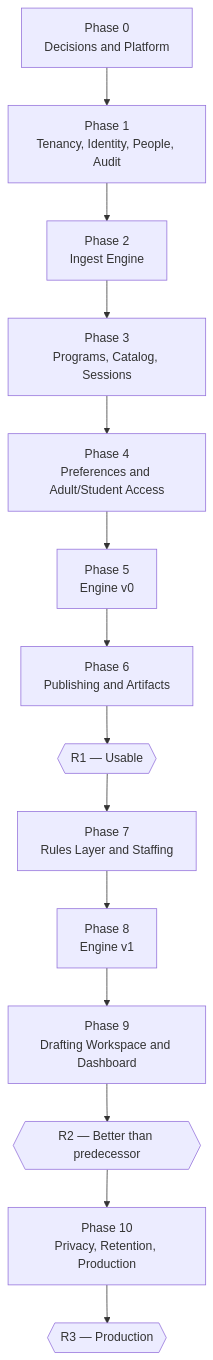
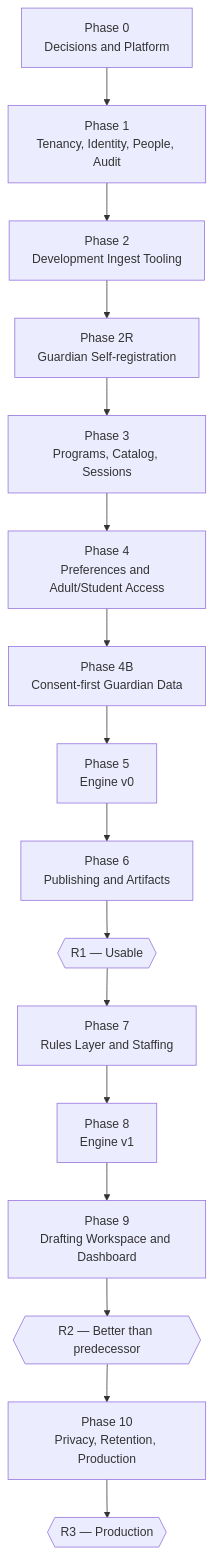
Before and after one commit to christophergm/miniclass: the diagram in PLAN.md, drawn with Mermaid. The commit also changed other lines of this file and 6 other files, not shown here.

Commit message:
docs(spec): revise data ingest specs to be guardian-only

````diff
--- a/PLAN.md
+++ b/PLAN.md
@@ -137,16 +138,18 @@
 ```mermaid
 graph TD
     P0["Phase 0<br/>Decisions and Platform"] --> P1["Phase 1<br/>Tenancy, Identity, People, Audit"]
-    P1 --> P2["Phase 2<br/>Ingest Engine"]
-    P2 --> P3["Phase 3<br/>Programs, Catalog, Sessions"]
+    P1 --> P2["Phase 2<br/>Development Ingest Tooling"]
+    P2 --> P2R["Phase 2R<br/>Guardian Self-registration"]
+    P2R --> P3["Phase 3<br/>Programs, Catalog, Sessions"]
     P3 --> P4["Phase 4<br/>Preferences and Adult/Student Access"]
-    P4 --> P5["Phase 5<br/>Engine v0"]
+    P4 --> P4B["Phase 4B<br/>Consent-first Guardian Data"]
+    P4B --> P5["Phase 5<br/>Engine v0"]
     P5 --> P6["Phase 6<br/>Publishing and Artifacts"]
     P6 --> R1{{"R1 — Usable"}}
     R1 --> P7["Phase 7<br/>Rules Layer and Staffing"]
     P7 --> P8["Phase 8<br/>Engine v1"]
     P8 --> P9["Phase 9<br/>Drafting Workspace and Dashboard"]
     P9 --> R2{{"R2 — Better than predecessor"}}
     R2 --> P10["Phase 10<br/>Privacy, Retention, Production"]
     P10 --> R3{{"R3 — Production"}}
 ```
````
